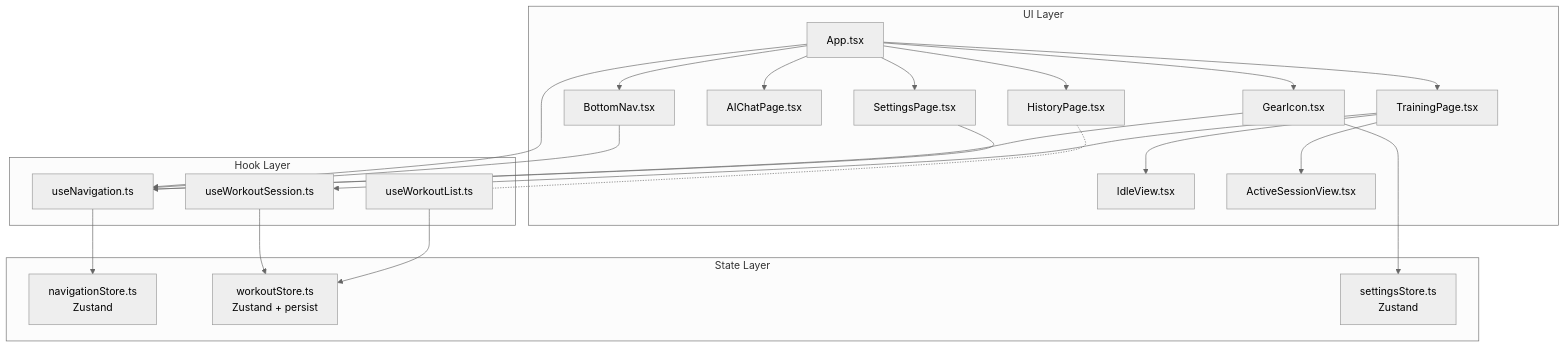
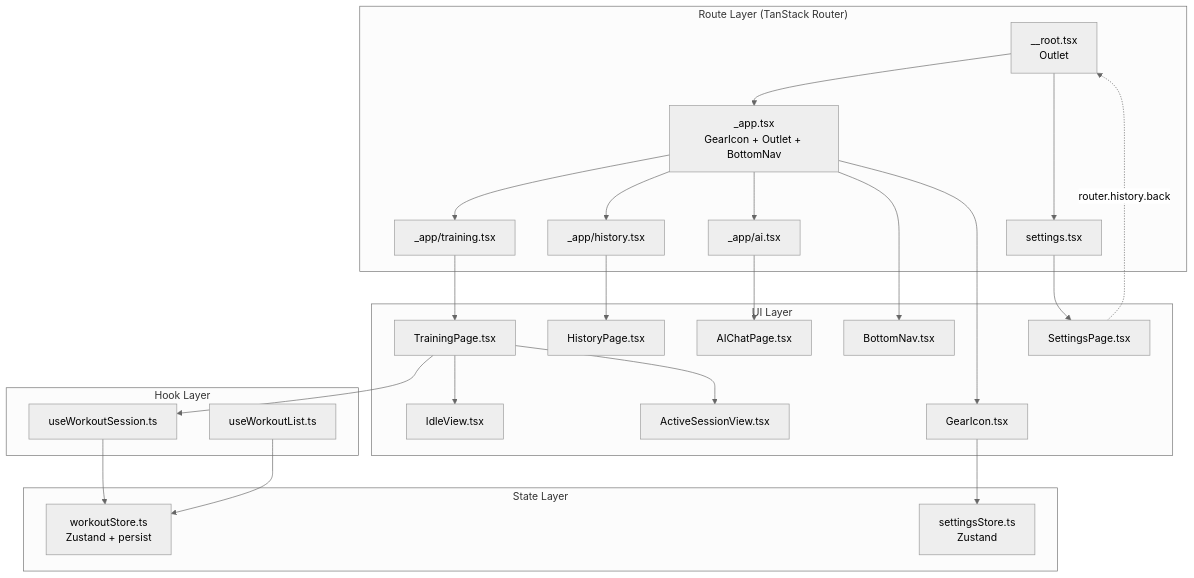
Before and after one commit to SakumaTakuya/gymini: the diagram in .sdd/specification/navigation_design.md, drawn with Mermaid (neutral theme). The commit also changed other lines of this file and 1 other file, not shown here.

First line of the commit message:
refactor(spec,design): TanStack Router採用でA-001準拠に修正

````diff
--- a/.sdd/specification/navigation_design.md
+++ b/.sdd/specification/navigation_design.md
@@ -70,51 +73,57 @@
 ```mermaid
 graph TD
+    subgraph "Route Layer (TanStack Router)"
+        Root["__root.tsx<br/>Outlet"]
+        AppLayout["_app.tsx<br/>GearIcon + Outlet + BottomNav"]
+        TR["_app/training.tsx"]
+        HR["_app/history.tsx"]
+        AR["_app/ai.tsx"]
+        SR["settings.tsx"]
+    end
+
     subgraph "UI Layer"
-        App[App.tsx]
+        BN[BottomNav.tsx]
+        GI[GearIcon.tsx]
         TP[TrainingPage.tsx]
         HP[HistoryPage.tsx]
         ACP[AIChatPage.tsx]
         SP[SettingsPage.tsx]
-        BN[BottomNav.tsx]
-        GI[GearIcon.tsx]
         IV[IdleView.tsx]
         ASV[ActiveSessionView.tsx]
     end
 
     subgraph "Hook Layer"
-        UN[useNavigation.ts]
         HWS[useWorkoutSession.ts]
         HWL[useWorkoutList.ts]
     end
 
     subgraph "State Layer"
-        NS[navigationStore.ts<br/>Zustand]
         WS[workoutStore.ts<br/>Zustand + persist]
         SS[settingsStore.ts<br/>Zustand]
     end
 
-    App --> UN
-    App --> TP
-    App --> HP
-    App --> ACP
-    App --> SP
-    App --> BN
-    App --> GI
+    Root --> AppLayout
+    Root --> SR
+    AppLayout --> TR
+    AppLayout --> HR
+    AppLayout --> AR
 
-    BN --> UN
+    AppLayout --> BN
+    AppLayout --> GI
 
-    GI --> UN
-    GI --> SS
+    TR --> TP
+    HR --> HP
+    AR --> ACP
+    SR --> SP
 
     TP --> HWS
     TP --> IV
     TP --> ASV
 
-    SP --> UN
+    GI --> SS
 
-    HP -.- HWL
+    SP -.->|router.history.back| Root
 
-    UN --> NS
     HWS --> WS
     HWL --> WS
 ```
````
